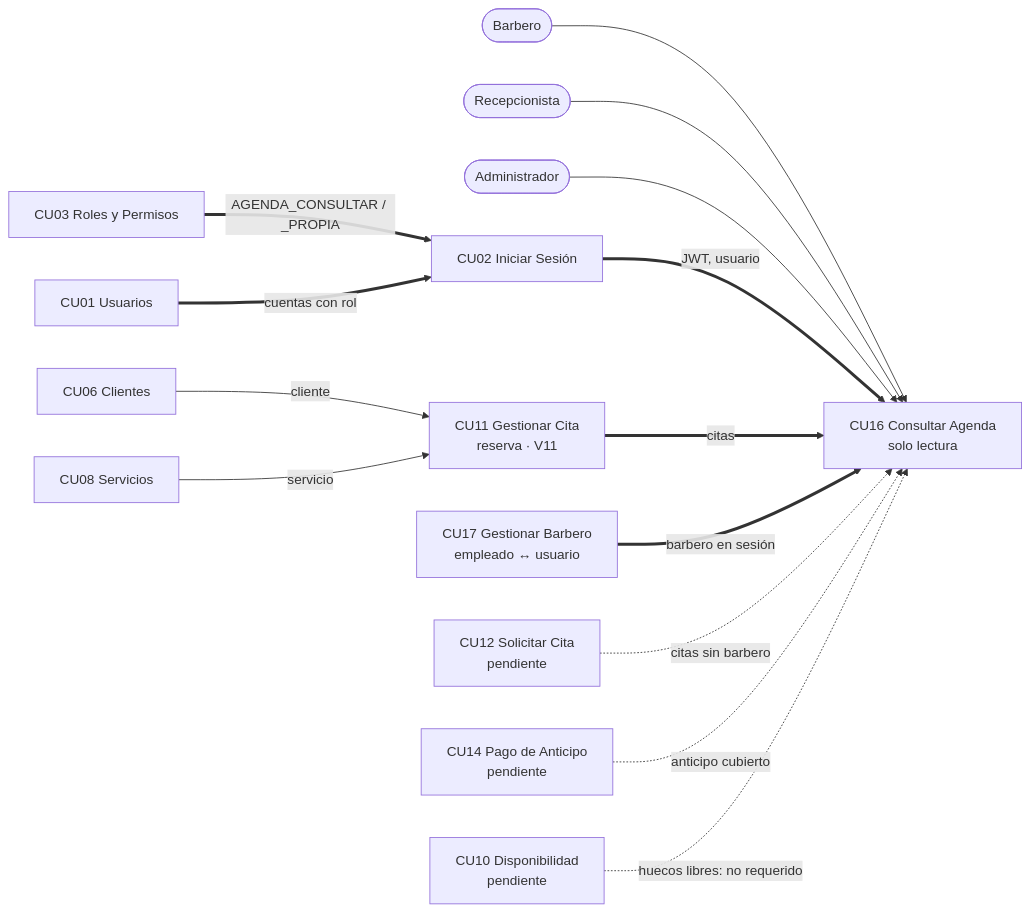
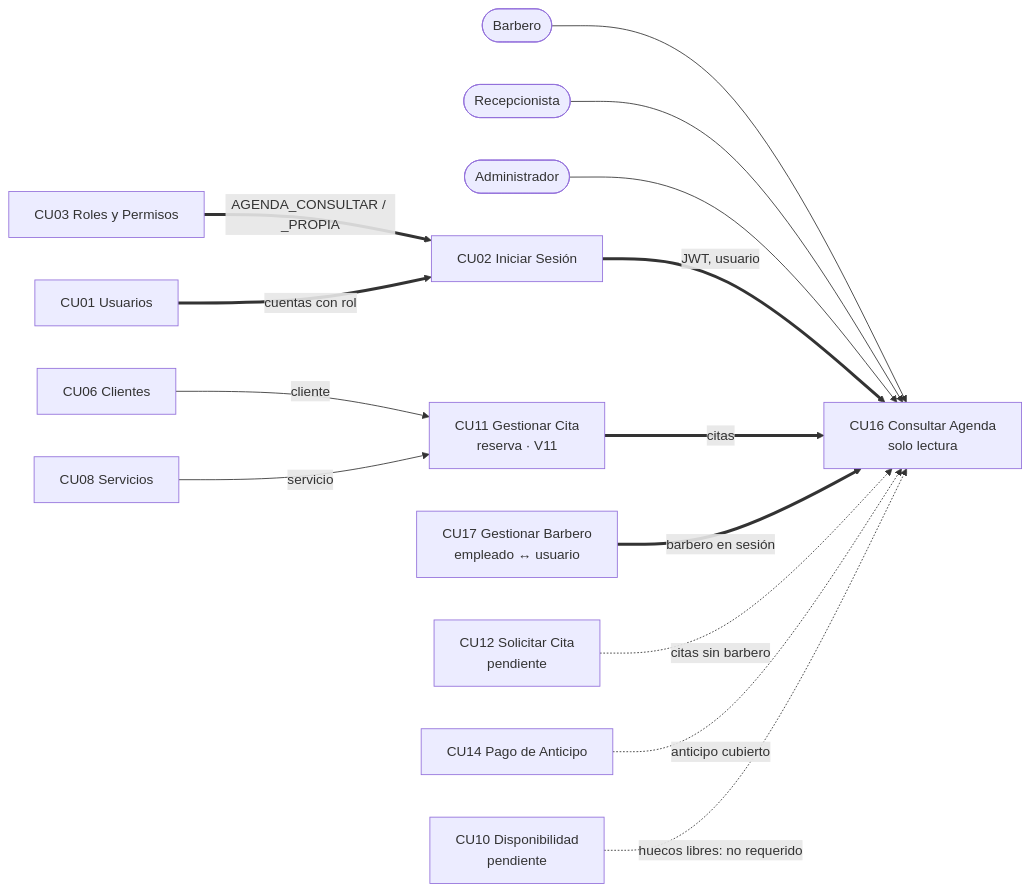
One commit to jherargm412-dev/barberia-backend changed the first of 2 diagrams in funcionalidades/Ciclo #2/CU16/01-dependencias-y-trazabilidad.md. Above: the diagram before and after it, drawn with Mermaid. The commit also changed other lines of this file and 6 other files, not shown here.

First line of the commit message:
feat(CU16): la agenda muestra si el anticipo está cubierto y usa el mensaje 2a

````diff
--- a/funcionalidades/Ciclo #2/CU16/01-dependencias-y-trazabilidad.md
+++ b/funcionalidades/Ciclo #2/CU16/01-dependencias-y-trazabilidad.md
@@ -25,17 +25,17 @@
 ```mermaid
 flowchart LR
   BAR([Barbero]) --> CU16
   REC([Recepcionista]) --> CU16
   ADM([Administrador]) --> CU16
   CU16["CU16 Consultar Agenda<br/>solo lectura"]
   CU02["CU02 Iniciar Sesión"] ==>|JWT, usuario| CU16
   CU03["CU03 Roles y Permisos"] ==>|AGENDA_CONSULTAR / _PROPIA| CU02
   CU01["CU01 Usuarios"] ==>|cuentas con rol| CU02
   CU11["CU11 Gestionar Cita<br/>reserva · V11"] ==>|citas| CU16
   CU17["CU17 Gestionar Barbero<br/>empleado ↔ usuario"] ==>|barbero en sesión| CU16
   CU06["CU06 Clientes"] -->|cliente| CU11
   CU08["CU08 Servicios"] -->|servicio| CU11
   CU12["CU12 Solicitar Cita<br/>pendiente"] -.->|citas sin barbero| CU16
-  CU14["CU14 Pago de Anticipo<br/>pendiente"] -.->|anticipo cubierto| CU16
+  CU14["CU14 Pago de Anticipo"] -.->|anticipo cubierto| CU16
   CU10["CU10 Disponibilidad<br/>pendiente"] -.->|huecos libres: no requerido| CU16
 ```
````
